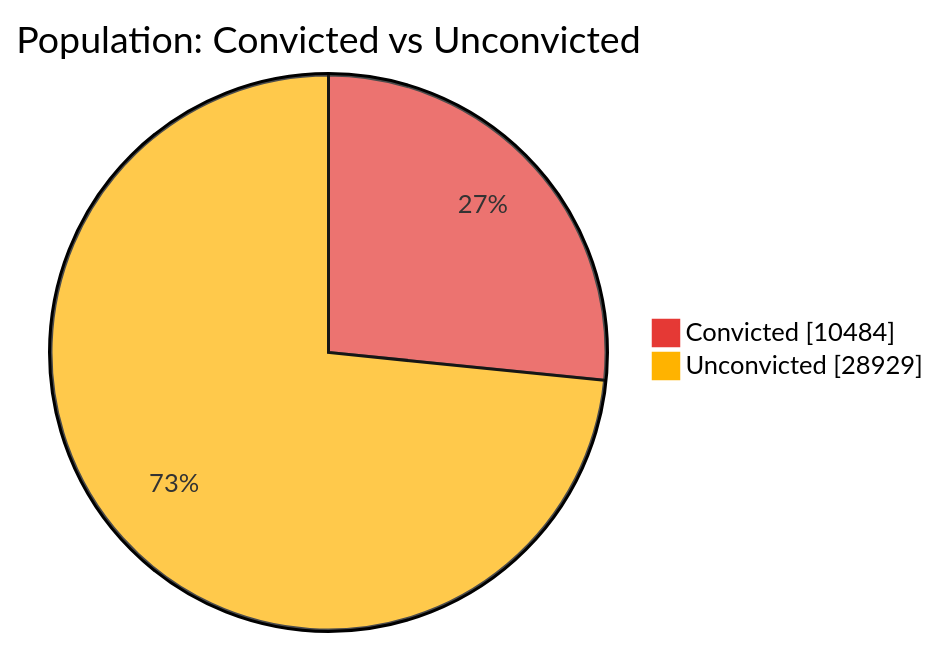
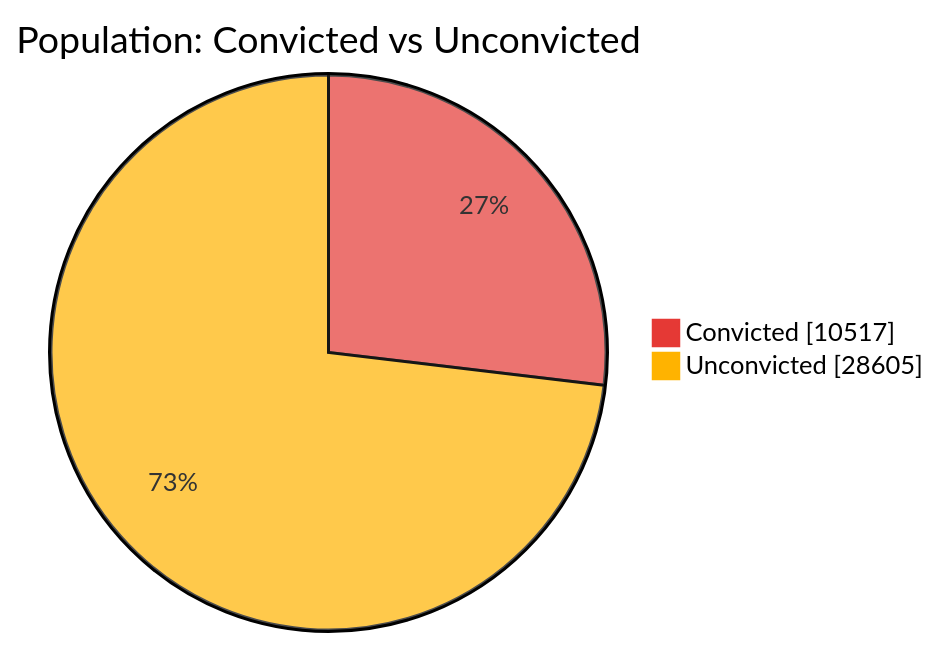
One commit to nuuuwan/lk_prisons changed the first of 7 diagrams in README.md. Above: the diagram before and after it, drawn with Mermaid. The commit also changed other lines of this file and 1 other file, not shown here.

````diff
--- a/README.md
+++ b/README.md
@@ -43,6 +43,6 @@
 ```mermaid
 %%{init: {'themeVariables': {'pie1': '#E53935', 'pie2': '#FFB300'}}}%%
 pie showData title Population: Convicted vs Unconvicted
-    "Convicted" : 10484
-    "Unconvicted" : 28929
+    "Convicted" : 10517
+    "Unconvicted" : 28605
 ```
````
